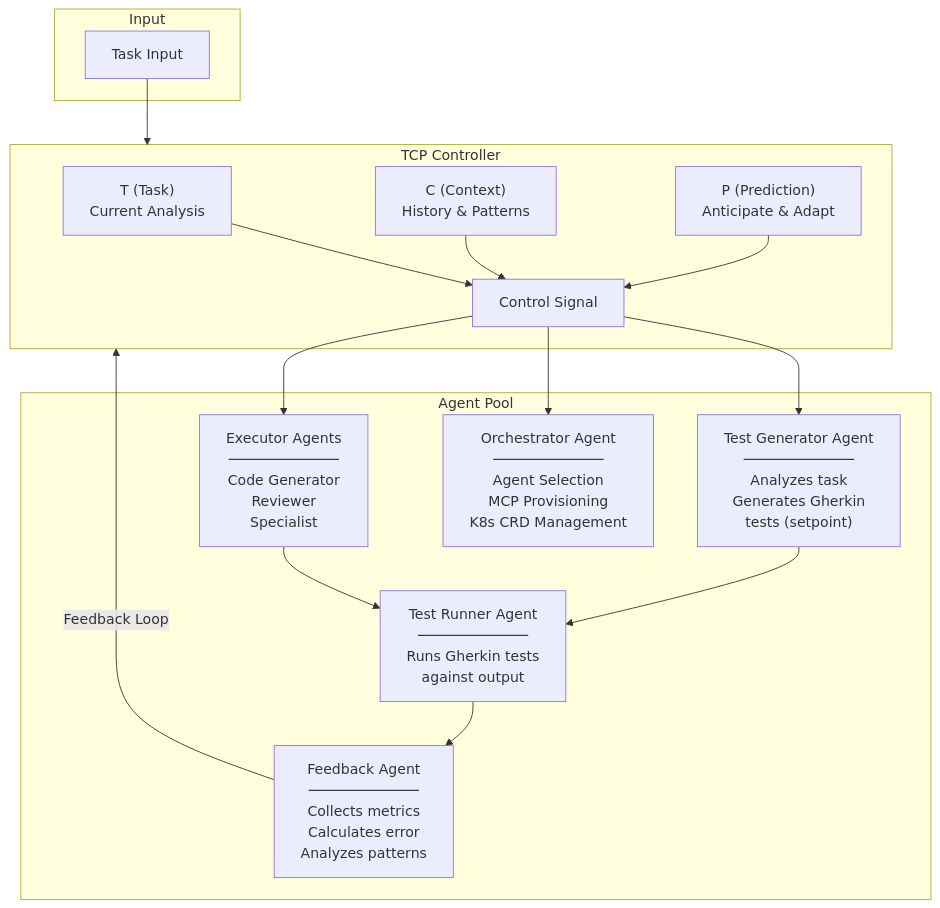
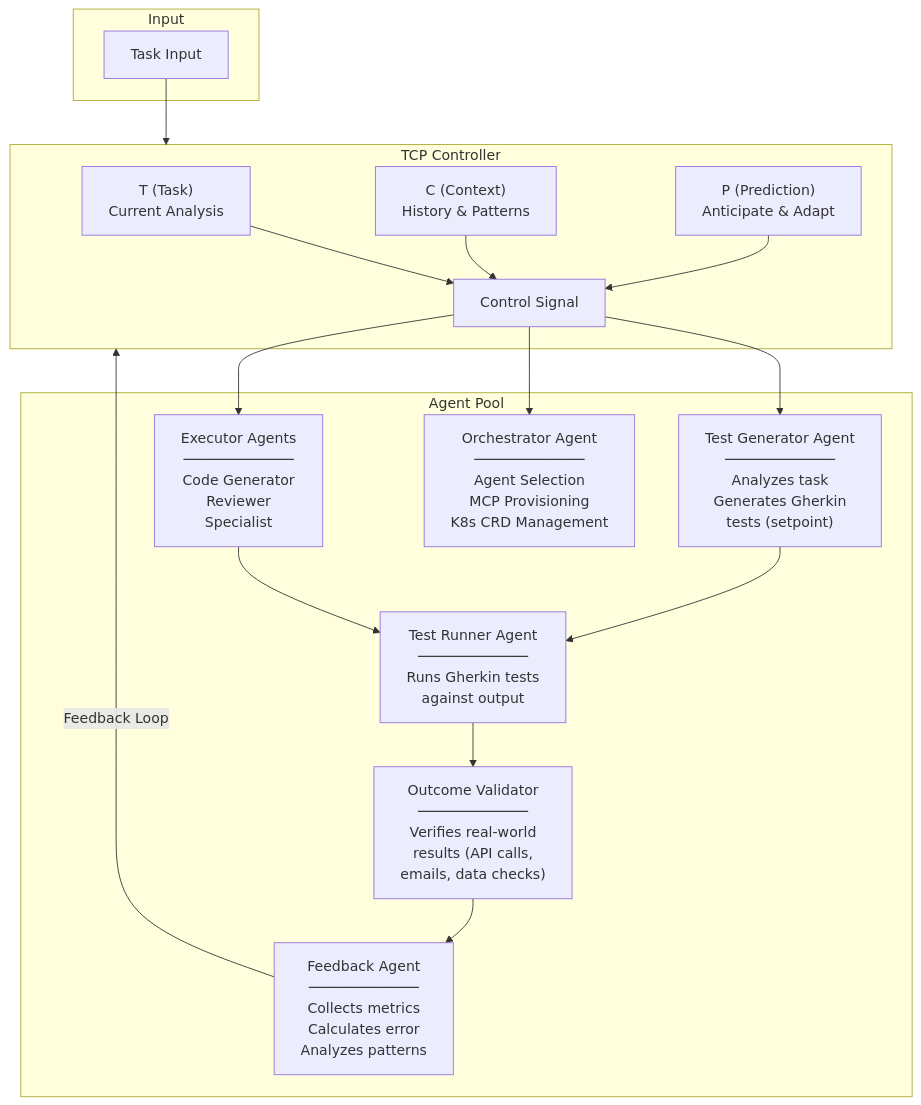
Before and after one commit to dshcherbatiuk/forgemaster: the first of 2 diagrams in docs/arch/02-components.md, drawn with Mermaid. The commit also changed other lines of this file and 8 other files, not shown here.

````diff
--- a/docs/arch/02-components.md
+++ b/docs/arch/02-components.md
@@ -3,29 +3,31 @@
 ```mermaid
 flowchart TB
     subgraph Input
         TI[Task Input]
     end
 
     subgraph Controller["TCP Controller"]
         T["T (Task)<br/>Current Analysis"]
         C["C (Context)<br/>History & Patterns"]
         P["P (Prediction)<br/>Anticipate & Adapt"]
         CS[Control Signal]
         T & C & P --> CS
     end
 
     subgraph Agents["Agent Pool"]
         TG["Test Generator Agent<br/>─────────────<br/>Analyzes task<br/>Generates Gherkin<br/>tests (setpoint)"]
         OR["Orchestrator Agent<br/>─────────────<br/>Agent Selection<br/>MCP Provisioning<br/>K8s CRD Management"]
         EX["Executor Agents<br/>─────────────<br/>Code Generator<br/>Reviewer<br/>Specialist"]
         TR["Test Runner Agent<br/>─────────────<br/>Runs Gherkin tests<br/>against output"]
+        OV["Outcome Validator<br/>─────────────<br/>Verifies real-world<br/>results (API calls,<br/>emails, data checks)"]
         FB["Feedback Agent<br/>─────────────<br/>Collects metrics<br/>Calculates error<br/>Analyzes patterns"]
     end
 
     TI --> Controller
     CS --> TG & OR & EX
     TG --> TR
     EX --> TR
-    TR --> FB
+    TR --> OV
+    OV --> FB
     FB -->|"Feedback Loop"| Controller
 ```
````
